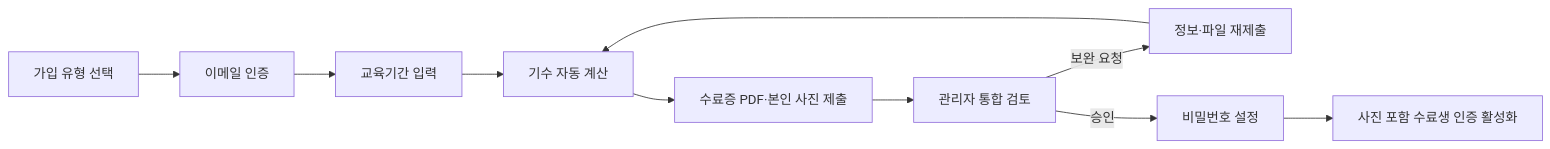
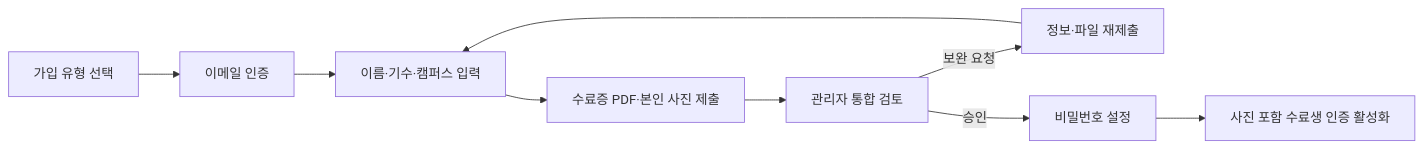
Before and after one commit to MyKnow/ssartnership: the diagram in docs/specs/graduate-verification/spec.md, drawn with Mermaid. The commit also changed other lines of this file and 5 other files, not shown here.

````diff
--- a/docs/specs/graduate-verification/spec.md
+++ b/docs/specs/graduate-verification/spec.md
@@ -25,12 +26,11 @@
 ```mermaid
 flowchart LR
     A["가입 유형 선택"] --> B["이메일 인증"]
-    B --> C["교육기간 입력"]
-    C --> D["기수 자동 계산"]
-    D --> E["수료증 PDF·본인 사진 제출"]
+    B --> C["이름·기수·캠퍼스 입력"]
+    C --> E["수료증 PDF·본인 사진 제출"]
     E --> F["관리자 통합 검토"]
     F -->|"보완 요청"| G["정보·파일 재제출"]
-    G --> D
+    G --> C
     F -->|"승인"| H["비밀번호 설정"]
     H --> I["사진 포함 수료생 인증 활성화"]
 ```
````
